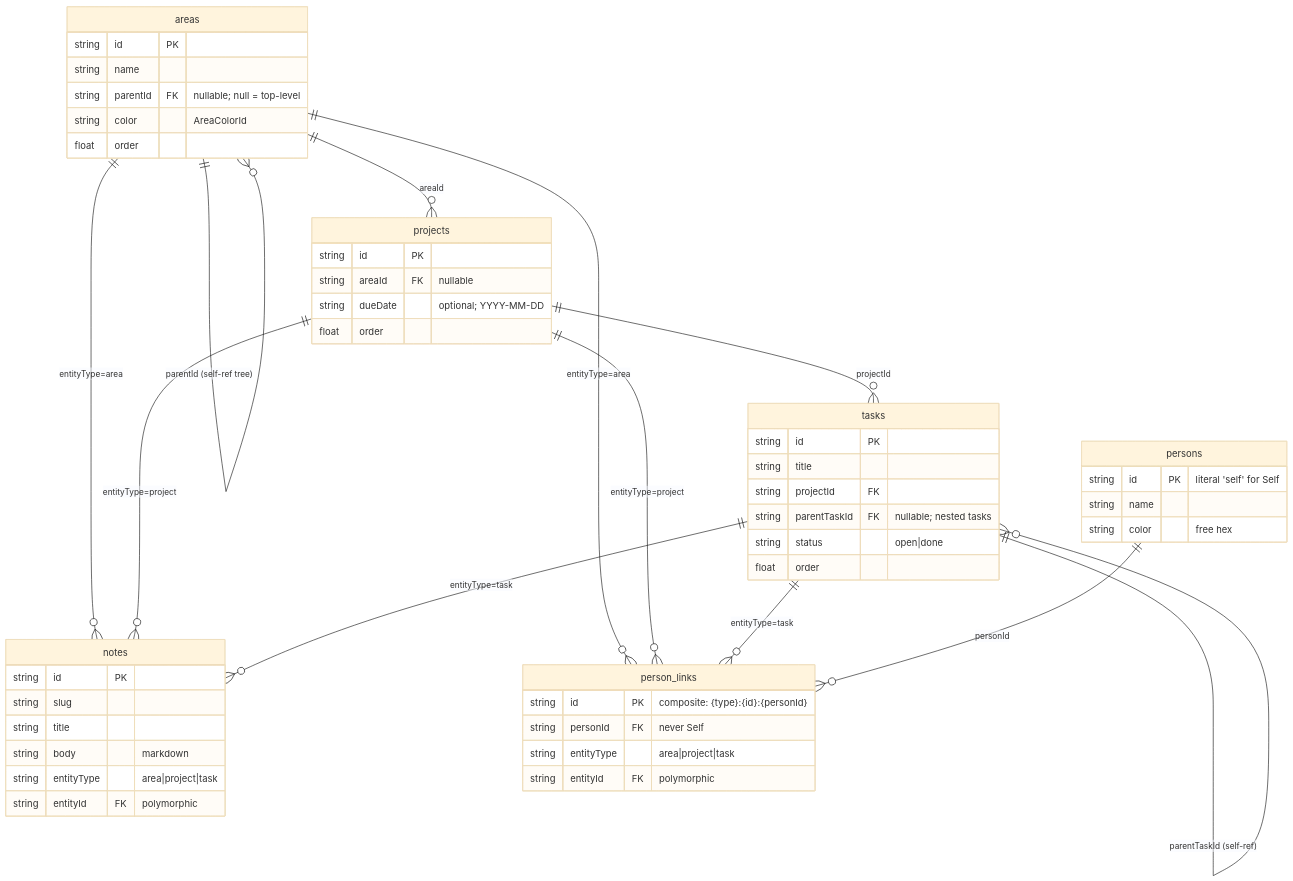
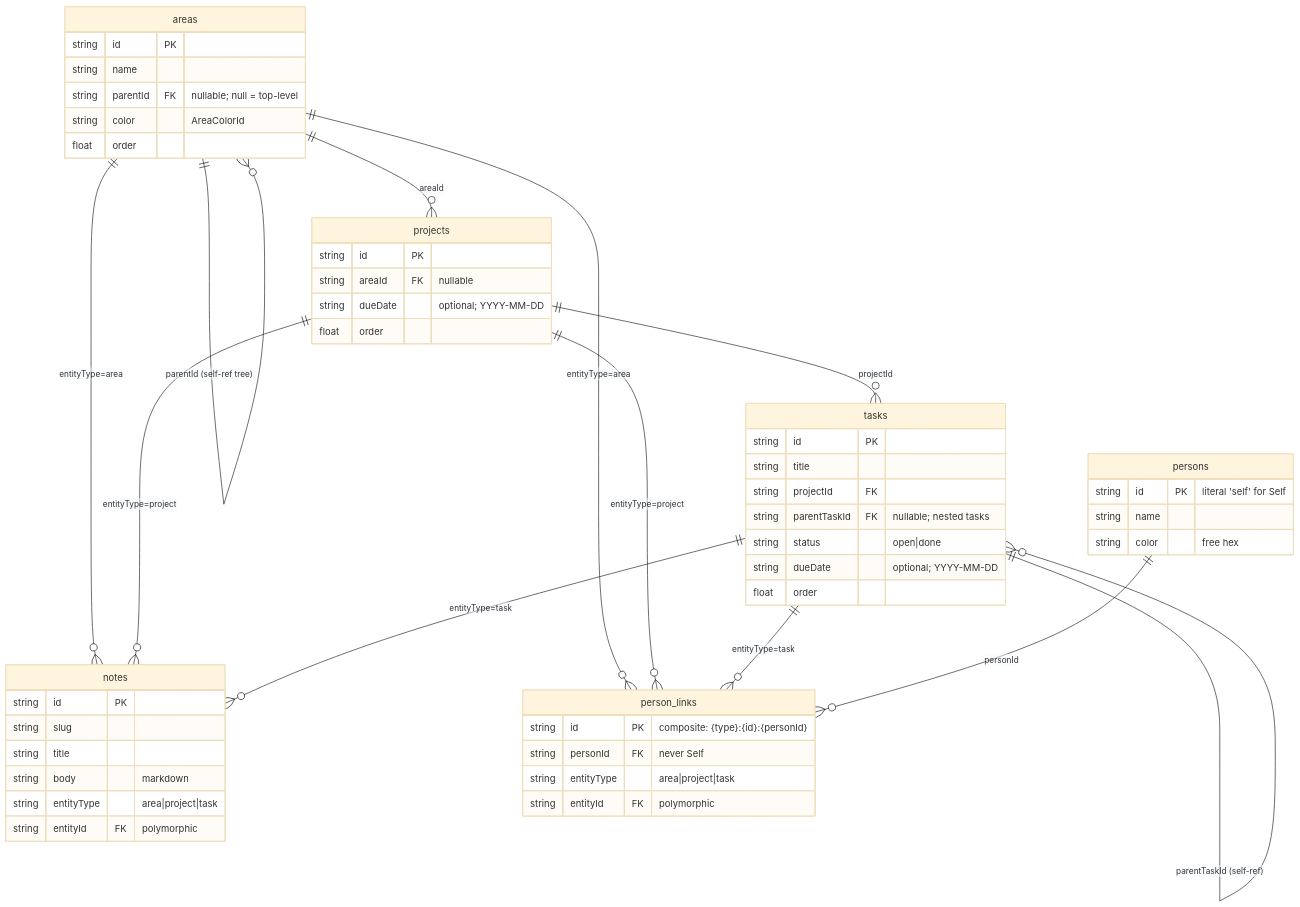
The second of 3 diagrams in docs/architecture.md (nibblebot/localaction), drawn with Mermaid (base theme) before and after one commit. The commit also changed 11 other files, not shown here.

First line of the commit message:
feat(tasks): assignable due dates on task and sub-task rows

````diff
--- a/docs/architecture.md
+++ b/docs/architecture.md
@@ -94,42 +94,43 @@
 ```mermaid
 erDiagram
   areas ||--o{ areas : "parentId (self-ref tree)"
   areas ||--o{ projects : "areaId"
   areas ||--o{ notes : "entityType=area"
   projects ||--o{ tasks : "projectId"
   projects ||--o{ notes : "entityType=project"
   tasks ||--o{ tasks : "parentTaskId (self-ref)"
   tasks ||--o{ notes : "entityType=task"
   areas { string id PK }
   areas { string name }
   areas { string parentId FK "nullable; null = top-level" }
   areas { string color "AreaColorId" }
   areas { float order }
   projects { string id PK }
   projects { string areaId FK "nullable" }
   projects { string dueDate "optional; YYYY-MM-DD" }
   projects { float order }
   tasks { string id PK }
   tasks { string title }
   tasks { string projectId FK }
   tasks { string parentTaskId FK "nullable; nested tasks" }
   tasks { string status "open|done" }
+  tasks { string dueDate "optional; YYYY-MM-DD" }
   tasks { float order }
   notes { string id PK }
   notes { string slug }
   notes { string title }
   notes { string body "markdown" }
   notes { string entityType "area|project|task" }
   notes { string entityId FK "polymorphic" }
   persons { string id PK "literal 'self' for Self" }
   persons { string name }
   persons { string color "free hex" }
   person_links { string id PK "composite: {type}:{id}:{personId}" }
   person_links { string personId FK "never Self" }
   person_links { string entityType "area|project|task" }
   person_links { string entityId FK "polymorphic" }
   areas ||--o{ person_links : "entityType=area"
   projects ||--o{ person_links : "entityType=project"
   tasks ||--o{ person_links : "entityType=task"
   persons ||--o{ person_links : "personId"
 ```
````
